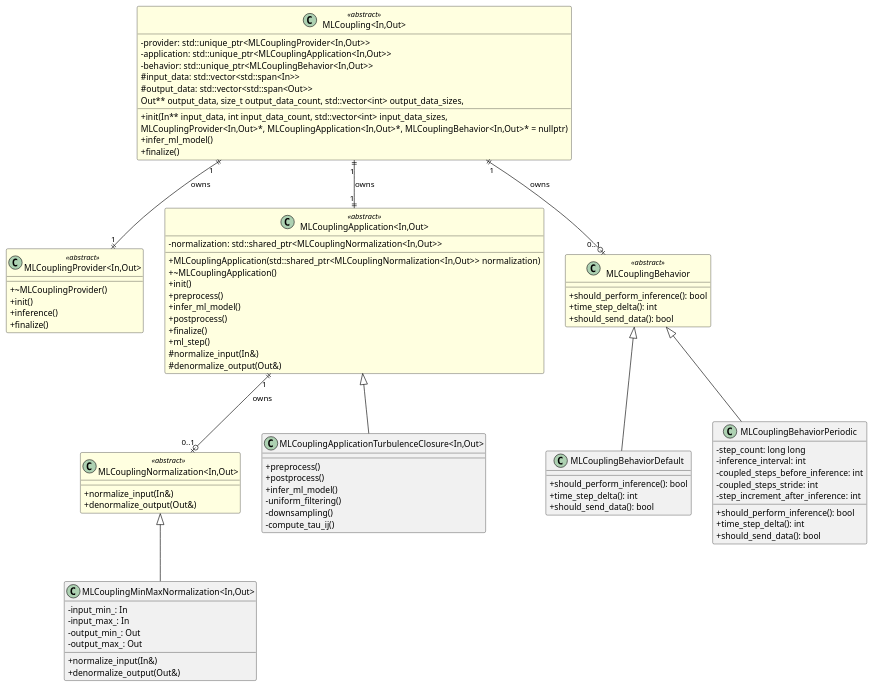
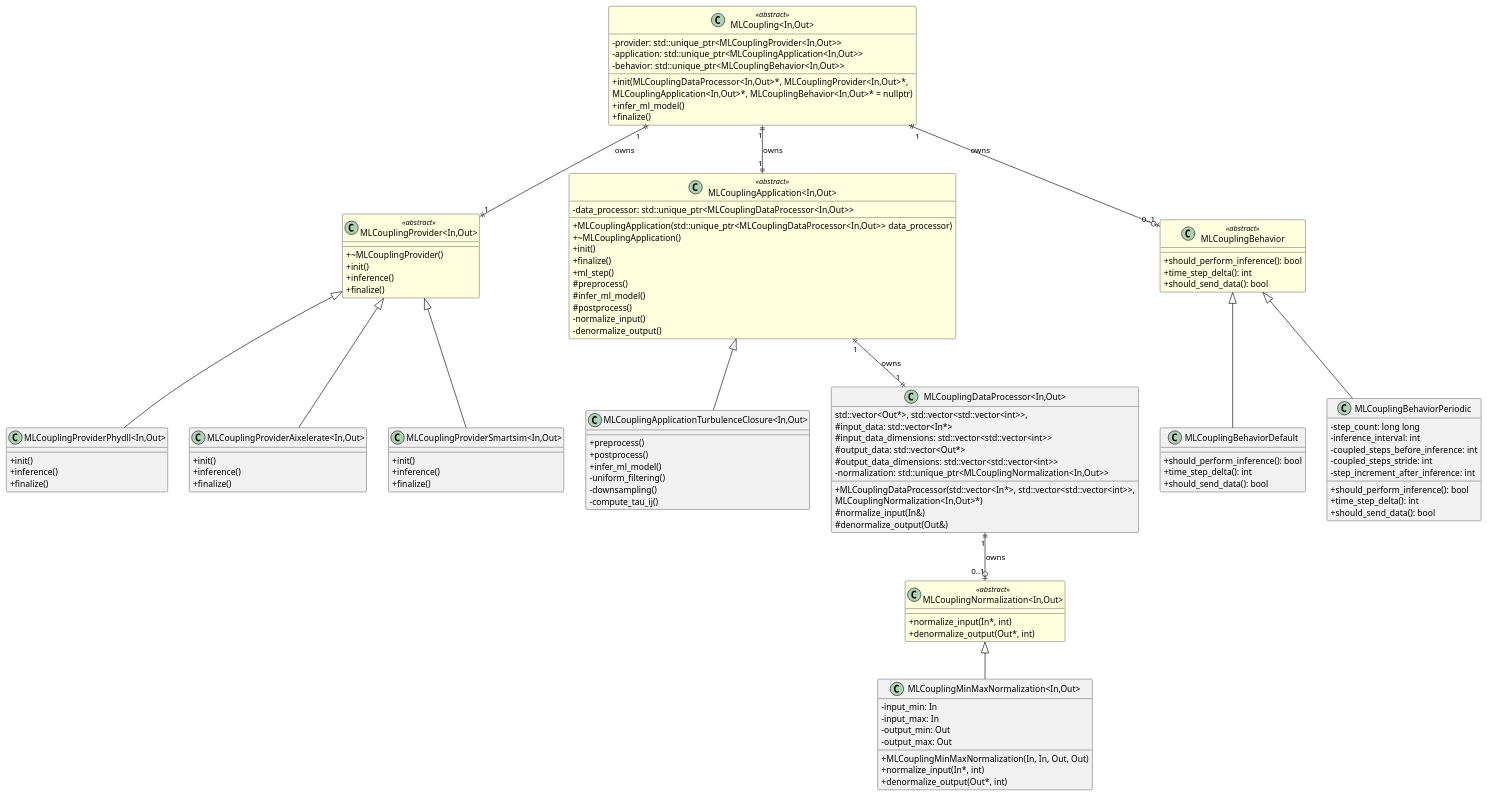
One commit to chrisb09/CPP-ML-Interface changed the diagram in documentation/new.puml. Above: the diagram before and after it, drawn with PlantUML. The commit also changed 21 other files, not shown here.

First line of the commit message:
Refactor MLCoupling and normalization classes; introduce provider interfaces

```diff
--- a/documentation/new.puml
+++ b/documentation/new.puml
@@ -1,106 +1,140 @@
 @startuml CPP_NEW_ML_Interface
 
 ' Layout hints to encourage a tree-like rendering
 top to bottom direction
 ' skinparam linetype ortho
 skinparam classAttributeIconSize 0
 skinparam backgroundColor #FFFFFF
 skinparam class {
     BackgroundColor<<abstract>> LightYellow
     BorderColor Black
     ArrowColor Black
 }
 
 
 class "MLCoupling<In,Out>" <<abstract>> {
     - provider: std::unique_ptr<MLCouplingProvider<In,Out>>
     - application: std::unique_ptr<MLCouplingApplication<In,Out>>
     - behavior: std::unique_ptr<MLCouplingBehavior<In,Out>>
-    # input_data: std::vector<std::span<In>>
-    # output_data: std::vector<std::span<Out>>
-    + init(In** input_data, int input_data_count, std::vector<int> input_data_sizes,
-           Out** output_data, size_t output_data_count, std::vector<int> output_data_sizes,
-           MLCouplingProvider<In,Out>*, MLCouplingApplication<In,Out>*, MLCouplingBehavior<In,Out>* = nullptr)
+    + init(MLCouplingDataProcessor<In,Out>*, MLCouplingProvider<In,Out>*,
+           MLCouplingApplication<In,Out>*, MLCouplingBehavior<In,Out>* = nullptr)
     + infer_ml_model()
     + finalize()
 }
 
 class "MLCouplingProvider<In,Out>" <<abstract>> {
     + ~MLCouplingProvider()
     + init()
     + inference()
     + finalize()
 }
 
 class "MLCouplingApplication<In,Out>" <<abstract>> {
-    + MLCouplingApplication(std::shared_ptr<MLCouplingNormalization<In,Out>> normalization)
+    + MLCouplingApplication(std::unique_ptr<MLCouplingDataProcessor<In,Out>> data_processor)
     + ~MLCouplingApplication()
-    - normalization: std::shared_ptr<MLCouplingNormalization<In,Out>>
+    - data_processor: std::unique_ptr<MLCouplingDataProcessor<In,Out>>
     + init()
-    + preprocess()
-    + infer_ml_model()
-    + postprocess()
     + finalize()
     + ml_step()
-    # normalize_input(In&)
-    # denormalize_output(Out&)
+    # preprocess()
+    # infer_ml_model()
+    # postprocess()
+    - normalize_input()
+    - denormalize_output()
 }
 
 class "MLCouplingNormalization<In,Out>" <<abstract>> {
-    + normalize_input(In&)
-    + denormalize_output(Out&)
+    + normalize_input(In*, int)
+    + denormalize_output(Out*, int)
 }
 
 class "MLCouplingMinMaxNormalization<In,Out>" {
-    - input_min_: In
-    - input_max_: In
-    - output_min_: Out
-    - output_max_: Out
-    + normalize_input(In&)
-    + denormalize_output(Out&)
+    - input_min: In
+    - input_max: In
+    - output_min: Out
+    - output_max: Out
+    + MLCouplingMinMaxNormalization(In, In, Out, Out)
+    + normalize_input(In*, int)
+    + denormalize_output(Out*, int)
 }
 
 class "MLCouplingApplicationTurbulenceClosure<In,Out>" {
     + preprocess()
     + postprocess()
     + infer_ml_model()
     - uniform_filtering()
     - downsampling()
     - compute_tau_ij()
+}
+
+class "MLCouplingDataProcessor<In,Out>" {
+    + MLCouplingDataProcessor(std::vector<In*>, std::vector<std::vector<int>>,
+                              std::vector<Out*>, std::vector<std::vector<int>>,
+                              MLCouplingNormalization<In,Out>*)
+    # input_data: std::vector<In*>
+    # input_data_dimensions: std::vector<std::vector<int>>
+    # output_data: std::vector<Out*>
+    # output_data_dimensions: std::vector<std::vector<int>>
+    # normalize_input(In&)
+    # denormalize_output(Out&)
+    - normalization: std::unique_ptr<MLCouplingNormalization<In,Out>>
 }
 
 class "MLCouplingBehavior" <<abstract>> {
     + should_perform_inference(): bool
     + time_step_delta(): int
     + should_send_data(): bool
 }
 
 class "MLCouplingBehaviorDefault" {
     + should_perform_inference(): bool
     + time_step_delta(): int
     + should_send_data(): bool
 }
 
 class "MLCouplingBehaviorPeriodic" {
     - step_count: long long
     - inference_interval: int
     - coupled_steps_before_inference: int
     - coupled_steps_stride: int
     - step_increment_after_inference: int
     + should_perform_inference(): bool
     + time_step_delta(): int
     + should_send_data(): bool
 }
 
+class "MLCouplingProviderPhydll<In,Out>" {
+    + init()
+    + inference()
+    + finalize()
+}
+
+class "MLCouplingProviderAixelerate<In,Out>" {
+    + init()
+    + inference()
+    + finalize()
+}
+
+class "MLCouplingProviderSmartsim<In,Out>" {
+    + init()
+    + inference()
+    + finalize()
+}
+
 ' Relationships
 "MLCoupling<In,Out>" "1" ||--|| "1" "MLCouplingProvider<In,Out>" : owns
 "MLCoupling<In,Out>" "1" ||--|| "1" "MLCouplingApplication<In,Out>" : owns
 "MLCoupling<In,Out>" "1" ||--o| "0..1" "MLCouplingBehavior" : owns
-"MLCouplingApplication<In,Out>" "1" ||--o| "0..1" "MLCouplingNormalization<In,Out>" : owns
+"MLCouplingApplication<In,Out>" "1" ||--|| "1" "MLCouplingDataProcessor<In,Out>" : owns
+"MLCouplingDataProcessor<In,Out>" "1" ||--o| "0..1" "MLCouplingNormalization<In,Out>" : owns
 "MLCouplingNormalization<In,Out>" <|-- "MLCouplingMinMaxNormalization<In,Out>"
 
 "MLCouplingApplication<In,Out>" <|-- "MLCouplingApplicationTurbulenceClosure<In,Out>"
 "MLCouplingBehavior" <|-- "MLCouplingBehaviorDefault"
 "MLCouplingBehavior" <|-- "MLCouplingBehaviorPeriodic"
 
+"MLCouplingProvider<In,Out>" <|-- "MLCouplingProviderPhydll<In,Out>"
+"MLCouplingProvider<In,Out>" <|-- "MLCouplingProviderAixelerate<In,Out>"
+"MLCouplingProvider<In,Out>" <|-- "MLCouplingProviderSmartsim<In,Out>"
+
 @enduml
```
